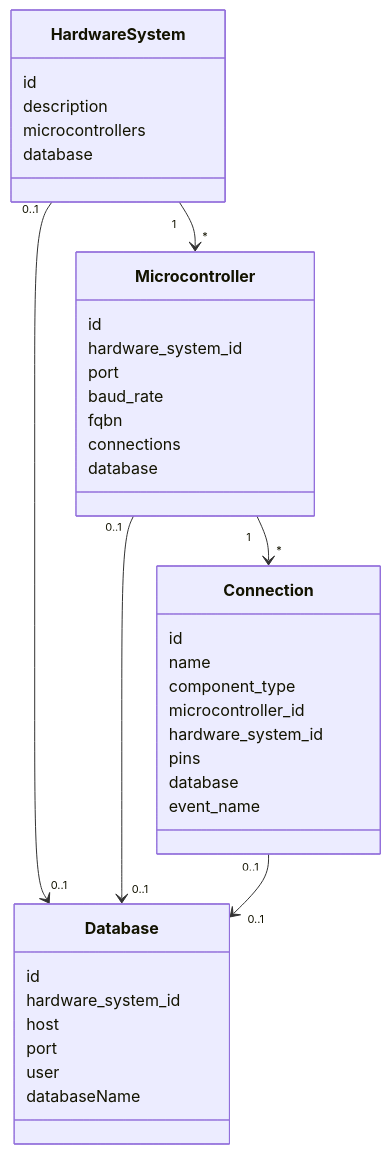
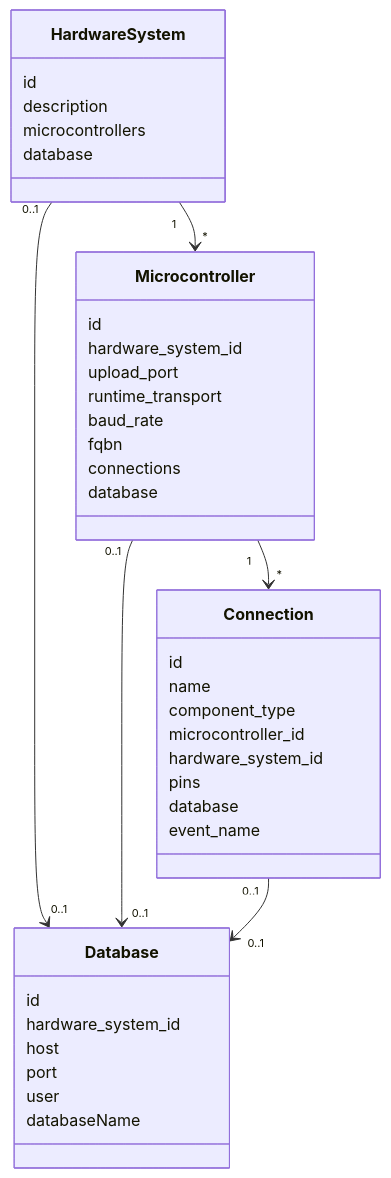
One commit to BaronLiu1993/gerbera changed the diagram in src/gerbera_sdk/models/hardware/README.md. Above: the diagram before and after it, drawn with Mermaid. The commit also changed other lines of this file and 1 other file, not shown here.

````diff
--- a/src/gerbera_sdk/models/hardware/README.md
+++ b/src/gerbera_sdk/models/hardware/README.md
@@ -45,45 +45,46 @@
 ```mermaid
 classDiagram
     class HardwareSystem {
       id
       description
       microcontrollers
       database
     }
 
     class Microcontroller {
       id
       hardware_system_id
-      port
+      upload_port
+      runtime_transport
       baud_rate
       fqbn
       connections
       database
     }
 
     class Connection {
       id
       name
       component_type
       microcontroller_id
       hardware_system_id
       pins
       database
       event_name
     }
 
     class Database {
       id
       hardware_system_id
       host
       port
       user
       databaseName
     }
 
     HardwareSystem "1" --> "*" Microcontroller
     HardwareSystem "0..1" --> "0..1" Database
     Microcontroller "1" --> "*" Connection
     Microcontroller "0..1" --> "0..1" Database
     Connection "0..1" --> "0..1" Database
 ```
````
